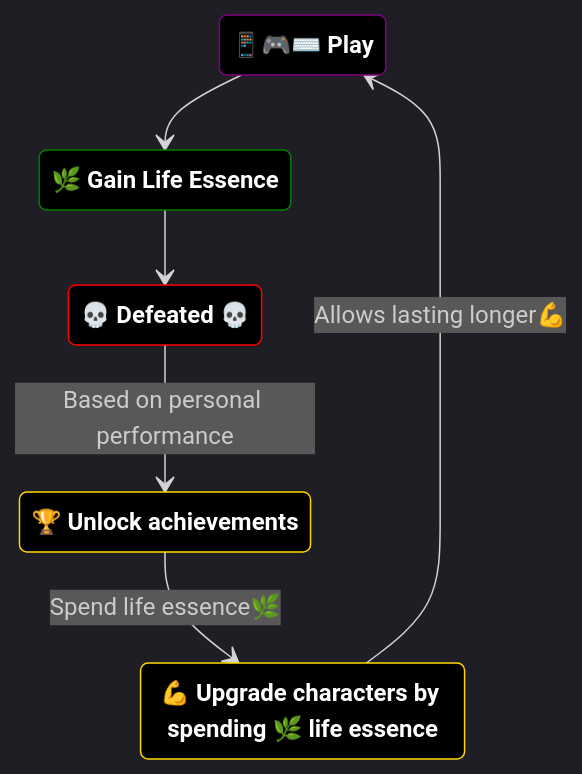
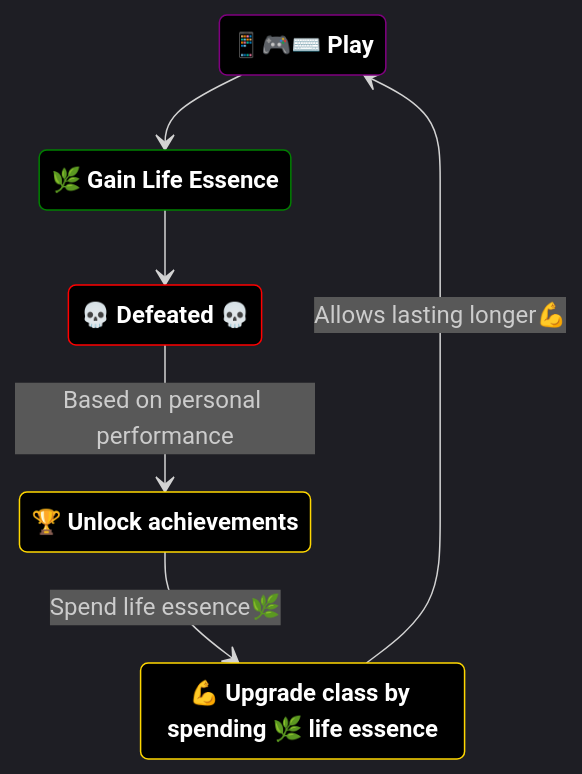
One commit to universe-builders/universe-builders.github.io changed the second of 2 diagrams in void-survivors/design-direction.md. Above: the diagram before and after it, drawn with Mermaid. The commit also changed other lines of this file and 34 other files, not shown here.

````diff
--- a/void-survivors/design-direction.md
+++ b/void-survivors/design-direction.md
@@ -114,29 +148,29 @@
 ```mermaid
     %%{init: {'theme':'dark'}}%%
 
     stateDiagram-v2
     direction TB
     accTitle: Metagame loop
 
     state "📱🎮⌨️ Play" as PLAY
     state "🌿 Gain Life Essence" as GET_LE
     state "💀 Defeated 💀" as DEFEATED
     state "🏆 Unlock achievements" as ACHIEVE
-    state "💪 Upgrade characters by spending 🌿 life essence" as UPGRADE
+    state "💪 Upgrade class by spending 🌿 life essence" as UPGRADE
 
     classDef def fill:black,color:white,font-weight:bold,stroke:purple
     classDef upgrade fill:black,color:white,font-weight:bold,stroke:gold
     classDef sanct fill:black,color:white,font-weight:bold,stroke:green
     classDef loss fill:black,color:white,font-weight:bold,stroke:red
     class PLAY def
     class GET_LE sanct
     class ACHIEVE upgrade
     class UPGRADE upgrade
     class DEFEATED loss
 
     PLAY --> GET_LE
     GET_LE --> DEFEATED
     DEFEATED --> ACHIEVE: Based on personal performance
     ACHIEVE --> UPGRADE: Spend life essence🌿
     UPGRADE --> PLAY: Allows lasting longer💪
 ```
````
